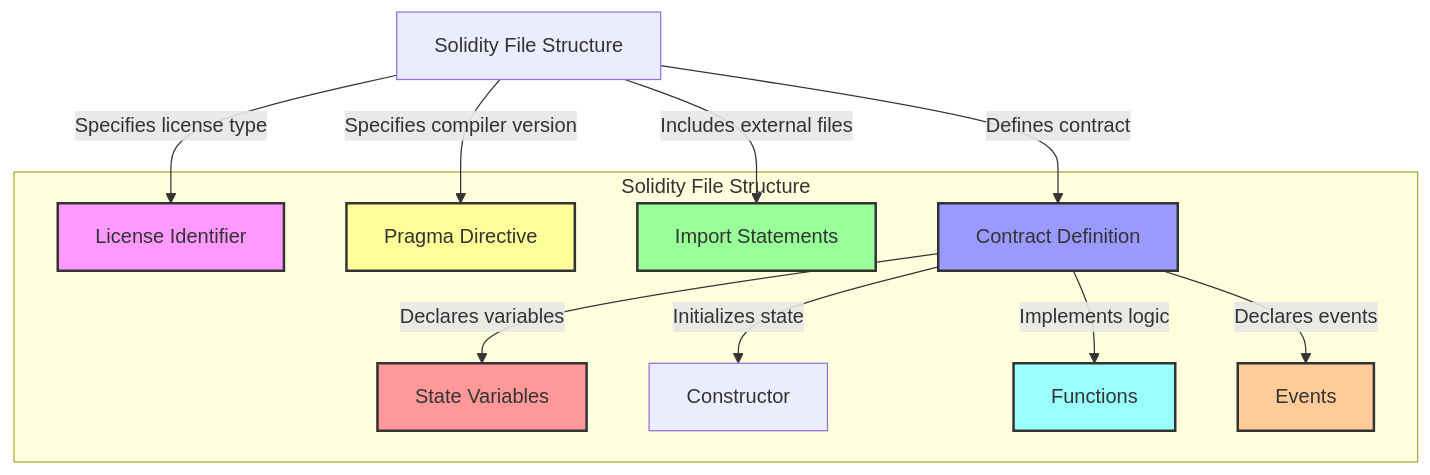
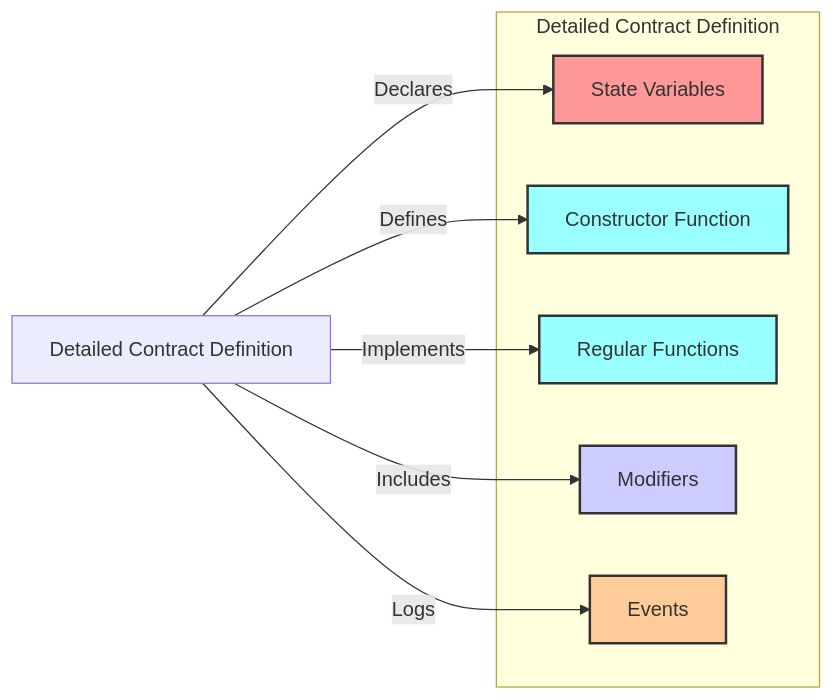
The third of 32 diagrams in _posts/2024-07-09-smart-contract.md (kelvin-bz/blog), drawn with Mermaid before and after one commit. The commit also changed other lines of this file and 2 other files, not shown here.

````diff
--- a/_posts/2024-07-09-smart-contract.md
+++ b/_posts/2024-07-09-smart-contract.md
@@ -226,49 +231,34 @@
 ```mermaid
-graph TB
-    solidityFile["Solidity File Structure"]
-    licenseIdentifier["License Identifier"]
-    pragmaDirective["Pragma Directive"]
-    importStatements["Import Statements"]
-    contractDefinition["Contract Definition"]
-    stateVariables["State Variables"]
-    constructorFunction["Constructor"]
-    functions["Functions"]
-    events["Events"]
-
-    solidityFile -->|Specifies license type| licenseIdentifier
-    solidityFile -->|Specifies compiler version| pragmaDirective
-    solidityFile -->|Includes external files| importStatements
-    solidityFile -->|Defines contract| contractDefinition
-    contractDefinition -->|Declares variables| stateVariables
-    contractDefinition -->|Initializes state| constructorFunction
-    contractDefinition -->|Implements logic| functions
-    contractDefinition -->|Declares events| events
-
-    subgraph fileStructure["Solidity File Structure"]
-        licenseIdentifier
-        pragmaDirective
-        importStatements
-        contractDefinition
-        stateVariables
-        constructorFunction
-        functions
-        events
-    end
-
+graph LR
     classDef license fill:#f9f,stroke:#333,stroke-width:2px;
     classDef pragma fill:#ff9,stroke:#333,stroke-width:2px;
     classDef import fill:#9f9,stroke:#333,stroke-width:2px;
     classDef contract fill:#99f,stroke:#333,stroke-width:2px;
+    classDef interface fill:#fcf,stroke:#333,stroke-width:2px;
     classDef state fill:#f99,stroke:#333,stroke-width:2px;
     classDef function fill:#9ff,stroke:#333,stroke-width:2px;
     classDef event fill:#fc9,stroke:#333,stroke-width:2px;
+    classDef modifier fill:#ccf,stroke:#333,stroke-width:2px;
 
-    licenseIdentifier:::license
-    pragmaDirective:::pragma
-    importStatements:::import
-    contractDefinition:::contract
-    stateVariables:::state
-    constructorFunction:::constructor
-    functions:::function
-    events:::event
+    contractDetails["Detailed Contract Definition"]
+    stateVariables["State Variables"]:::state
+    constructorFunction["Constructor Function"]:::function
+    regularFunctions["Regular Functions"]:::function
+    modifiers["Modifiers"]:::modifier
+    events["Events"]:::event
+
+    contractDetails -->|Declares| stateVariables
+    contractDetails -->|Defines| constructorFunction
+    contractDetails -->|Implements| regularFunctions
+    contractDetails -->|Includes| modifiers
+    contractDetails -->|Logs| events
+
+    subgraph detailedContractStructure["Detailed Contract Definition"]
+        stateVariables
+        constructorFunction
+        regularFunctions
+        modifiers
+        events
+    end
+
 ```
````
